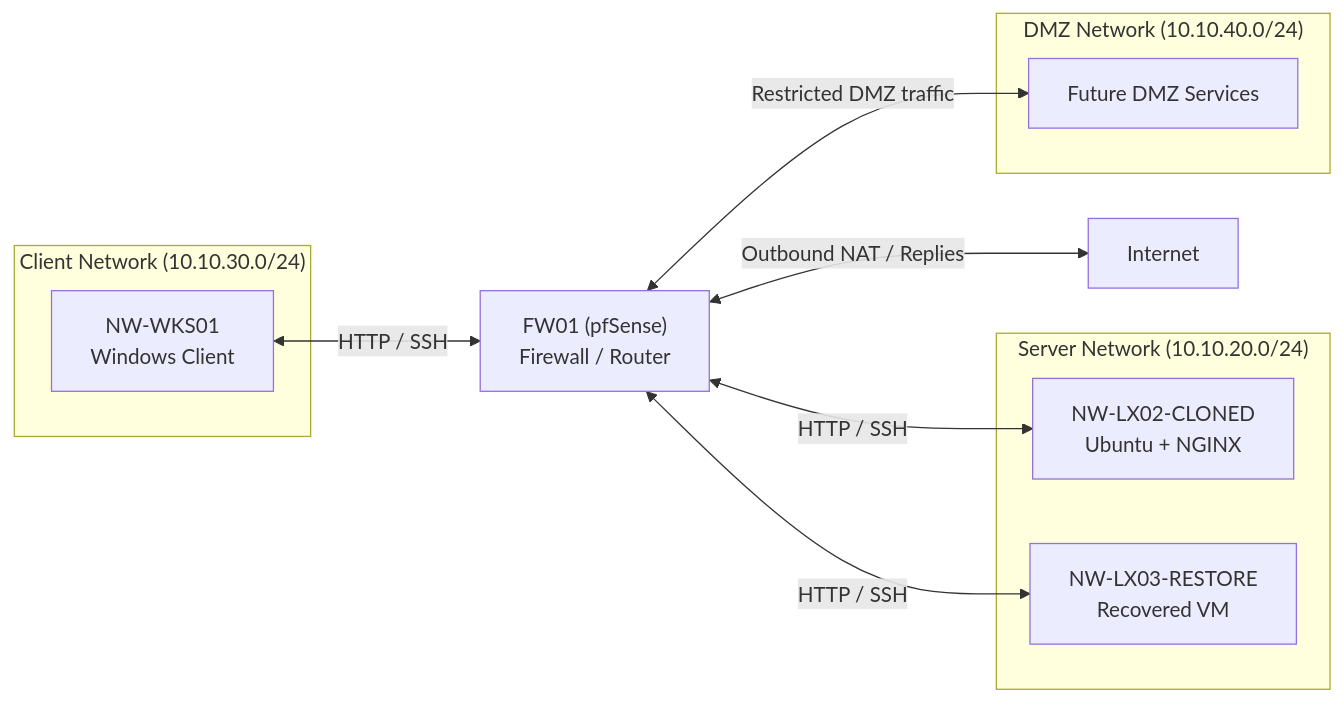
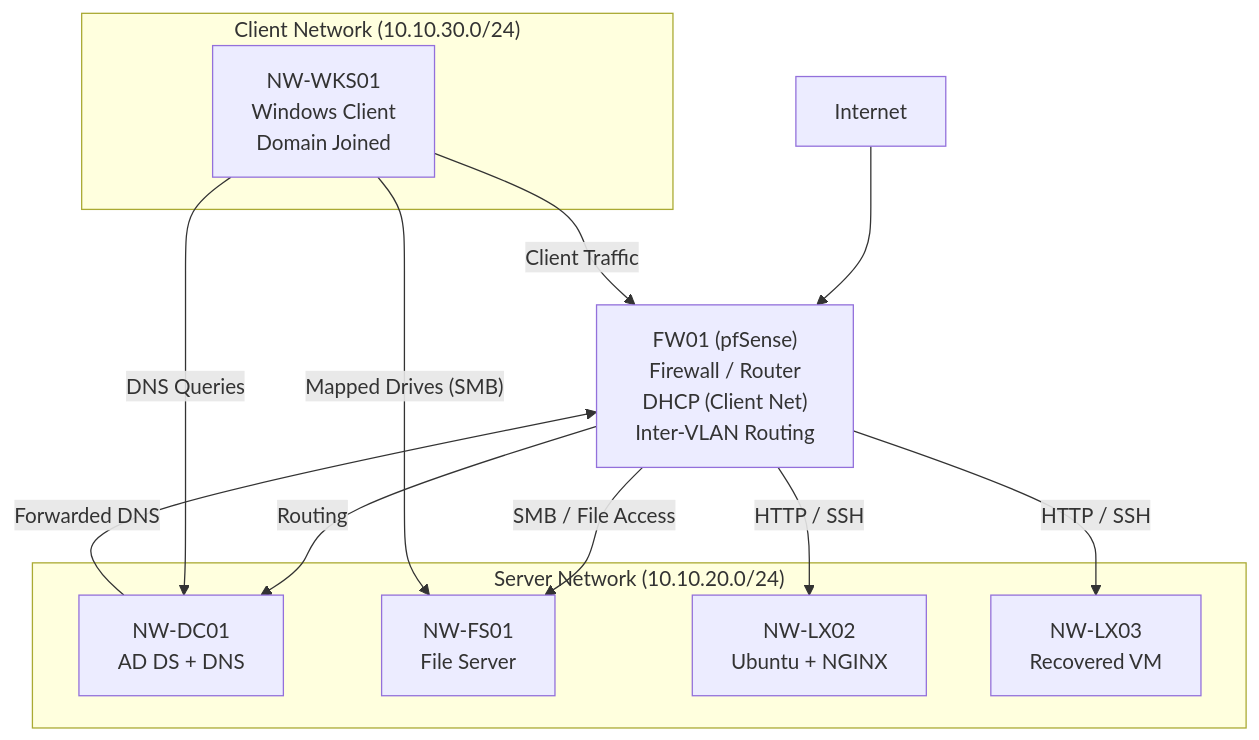
Before and after one commit to StanleyDims/northwind-enterprise-lab: the diagram in docs/network-design.md, drawn with Mermaid. The commit also changed other lines of this file and 23 other files, not shown here.

First line of the commit message:
Phase 2: implement Active Directory, GPO, file services, and DNS/DHCP integration with full documentation updates and screenshots

````diff
--- a/docs/network-design.md
+++ b/docs/network-design.md
@@ -20,27 +21,31 @@
 ```mermaid
-graph LR
+graph TD
 
     Internet["Internet"]
-    pfSense["FW01 (pfSense)<br/>Firewall / Router"]
+
+    pfSense["FW01 (pfSense)<br/>Firewall / Router<br/>DHCP (Client Net)<br/>Inter-VLAN Routing"]
 
     subgraph ClientNet["Client Network (10.10.30.0/24)"]
-        WKS01["NW-WKS01<br/>Windows Client"]
+        WKS01["NW-WKS01<br/>Windows Client<br/>Domain Joined"]
     end
 
     subgraph ServerNet["Server Network (10.10.20.0/24)"]
-        LX02["NW-LX02-CLONED<br/>Ubuntu + NGINX"]
-        LX03["NW-LX03-RESTORE<br/>Recovered VM"]
+        DC01["NW-DC01<br/>AD DS + DNS"]
+        FS01["NW-FS01<br/>File Server"]
+        LX02["NW-LX02<br/>Ubuntu + NGINX"]
+        LX03["NW-LX03<br/>Recovered VM"]
     end
 
-    subgraph DMZNet["DMZ Network (10.10.40.0/24)"]
-        DMZ1["Future DMZ Services"]
-    end
+    Internet --> pfSense
 
-    WKS01 <-->|HTTP / SSH| pfSense
-    pfSense <-->|HTTP / SSH| LX02
-    pfSense <-->|HTTP / SSH| LX03
+    WKS01 -->|"Client Traffic"| pfSense
+    pfSense -->|"Routing"| DC01
+    pfSense -->|"SMB / File Access"| FS01
+    pfSense -->|"HTTP / SSH"| LX02
+    pfSense -->|"HTTP / SSH"| LX03
 
-    pfSense <-->|Restricted DMZ traffic| DMZ1
+    WKS01 -->|"DNS Queries"| DC01
+    DC01 -->|"Forwarded DNS"| pfSense
 
-    pfSense <-->|Outbound NAT / Replies| Internet
+    WKS01 -->|"Mapped Drives (SMB)"| FS01
 ```
````
